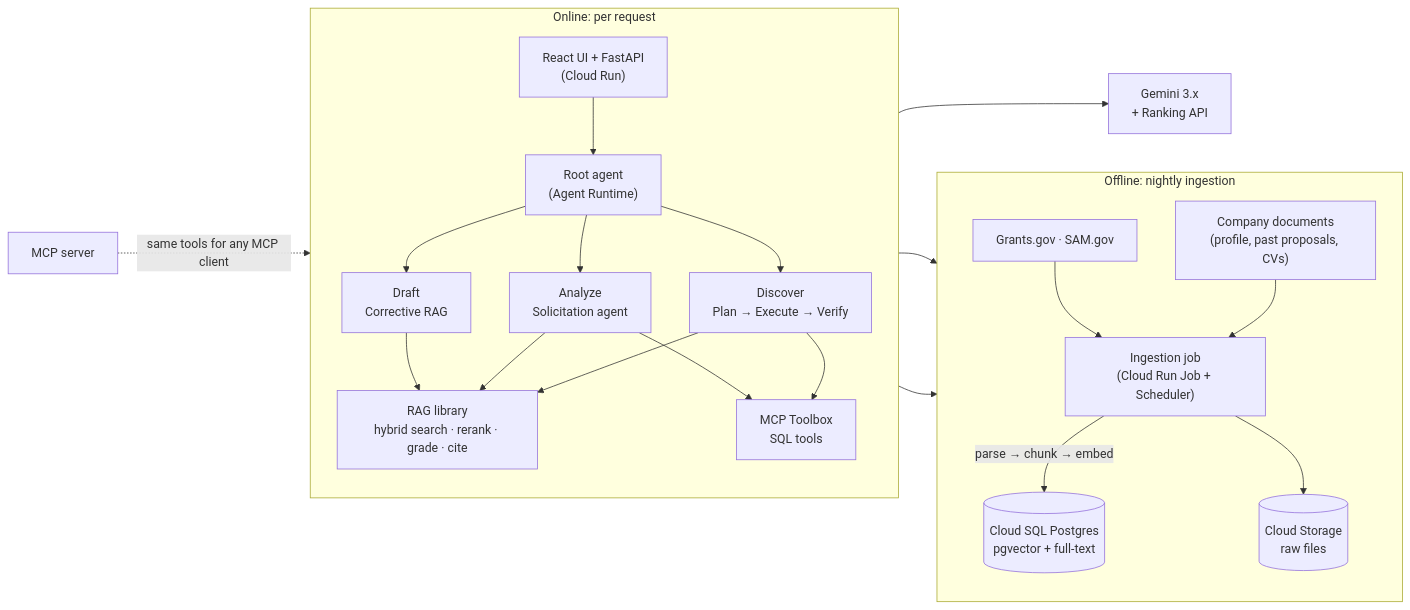
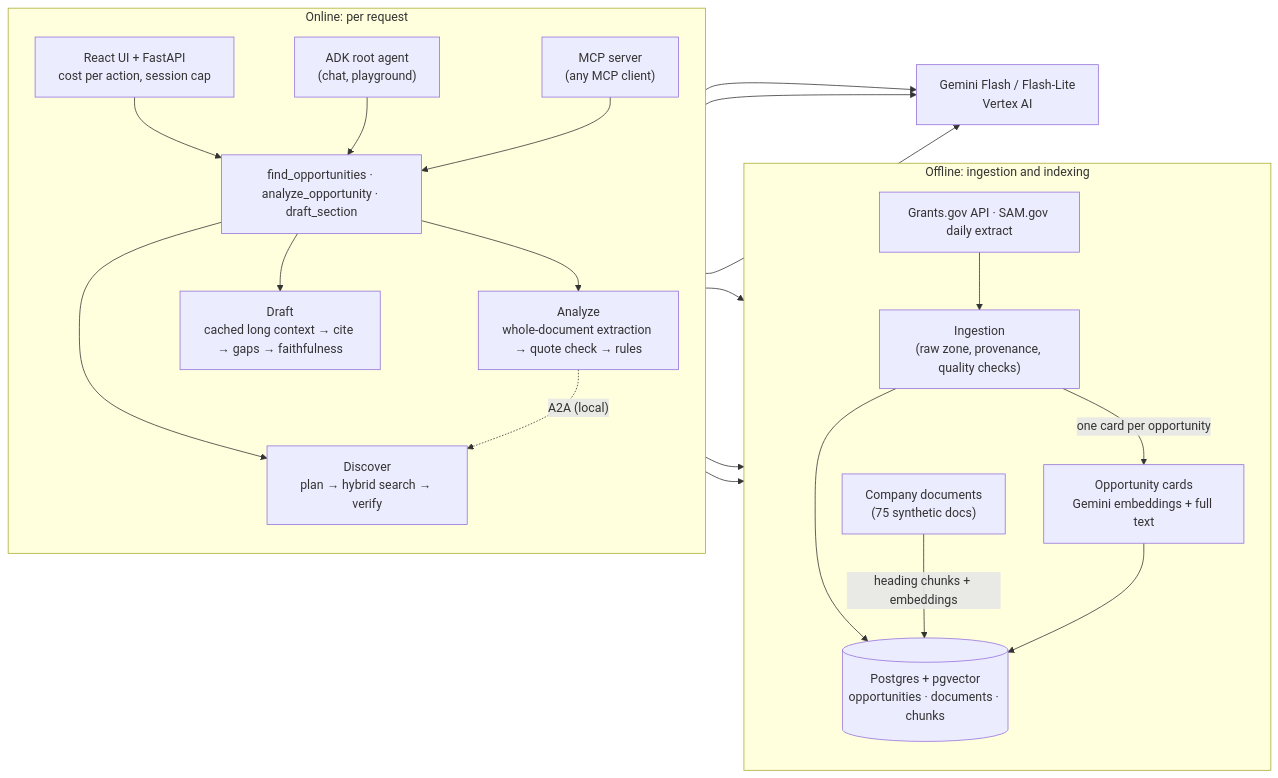
One commit to kb2326/grant-capture-agent changed the diagram in README.md. Above: the diagram before and after it, drawn with Mermaid. The commit also changed other lines of this file and 71 other files, not shown here.

Commit message:
M4 Ship (free part): local live UI, deployment designed and validated (not deployed), final README and writing, cloud spending stopped (#10)

````diff
--- a/README.md
+++ b/README.md
@@ -50,25 +53,25 @@
 ```mermaid
 flowchart LR
-    subgraph OFF["Offline: nightly ingestion"]
+    subgraph OFF["Offline: ingestion and indexing"]
         direction TB
-        SRC["Grants.gov · SAM.gov"] --> ING["Ingestion job<br/>(Cloud Run Job + Scheduler)"]
-        CO["Company documents<br/>(profile, past proposals, CVs)"] --> ING
-        ING -->|"parse → chunk → embed"| DB[("Cloud SQL Postgres<br/>pgvector + full-text")]
-        ING --> GCS[("Cloud Storage<br/>raw files")]
+        SRC["Grants.gov API · SAM.gov daily extract"] --> ING["Ingestion<br/>(raw zone, provenance, quality checks)"]
+        ING --> DB[("Postgres + pgvector<br/>opportunities · documents · chunks")]
+        ING -->|"one card per opportunity"| CARDS["Opportunity cards<br/>Gemini embeddings + full text"]
+        CO["Company documents<br/>(75 synthetic docs)"] -->|"heading chunks + embeddings"| DB
+        CARDS --> DB
     end
 
     subgraph ON["Online: per request"]
         direction TB
-        UI["React UI + FastAPI<br/>(Cloud Run)"] --> ROOT["Root agent<br/>(Agent Runtime)"]
-        ROOT --> DIS["Discover<br/>Plan → Execute → Verify"]
-        ROOT --> ANA["Analyze<br/>Solicitation agent"]
-        ROOT --> DRA["Draft<br/>Corrective RAG"]
-        DIS & ANA & DRA --> RAG["RAG library<br/>hybrid search · rerank · grade · cite"]
-        DIS & ANA --> TBX["MCP Toolbox<br/>SQL tools"]
+        UI["React UI + FastAPI<br/>cost per action, session cap"] --> TOOLS["find_opportunities · analyze_opportunity · draft_section"]
+        AG["ADK root agent<br/>(chat, playground)"] --> TOOLS
+        MCP["MCP server<br/>(any MCP client)"] --> TOOLS
+        TOOLS --> DIS["Discover<br/>plan → hybrid search → verify"]
+        TOOLS --> ANA["Analyze<br/>whole-document extraction → quote check → rules"]
+        TOOLS --> DRA["Draft<br/>cached long context → cite → gaps → faithfulness"]
+        ANA -.->|"A2A (local)"| DIS
     end
 
-    RAG --> DB
-    TBX --> DB
-    RAG --> GEM["Gemini 3.x<br/>+ Ranking API"]
-    MCP["MCP server"] -.->|"same tools for any MCP client"| RAG
+    DIS & ANA & DRA --> DB
+    DIS & ANA & DRA --> GEM["Gemini Flash / Flash-Lite<br/>Vertex AI"]
 ```
````
